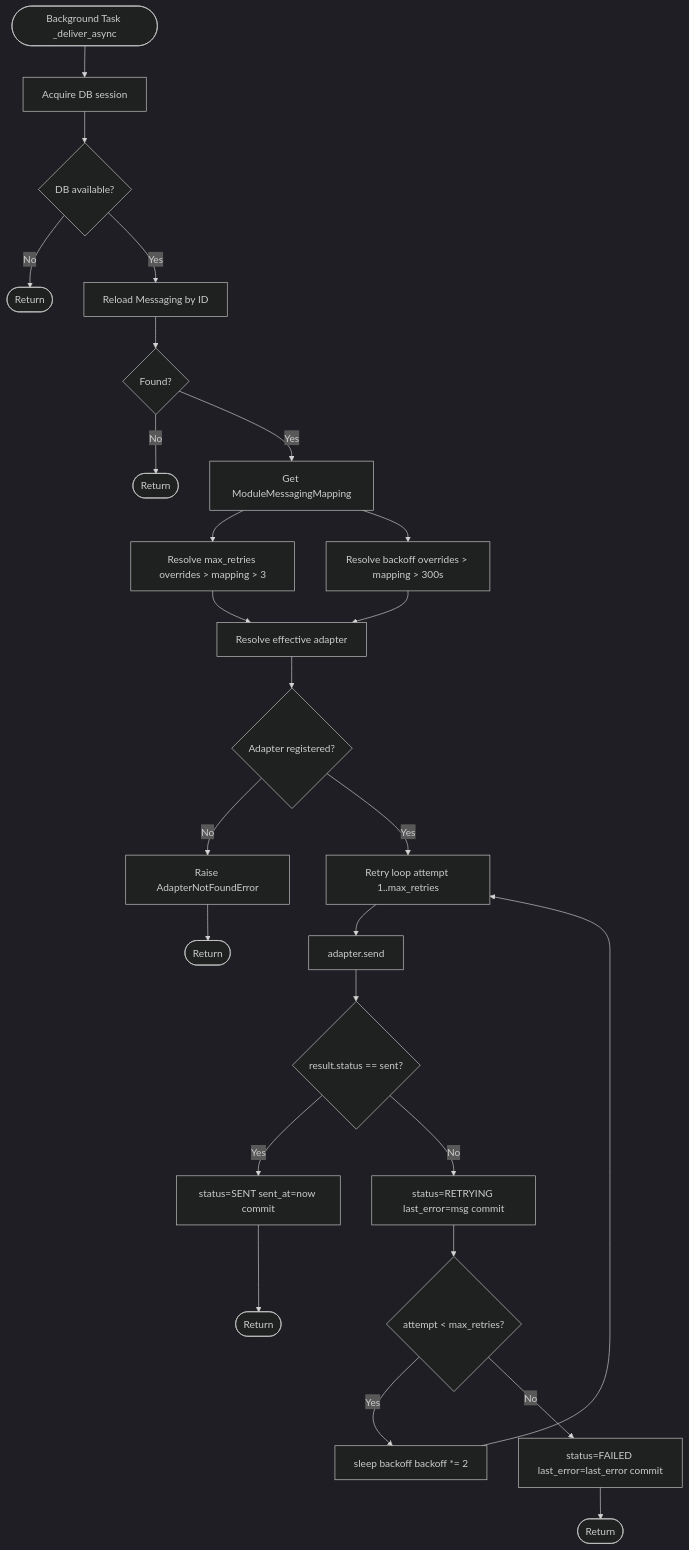
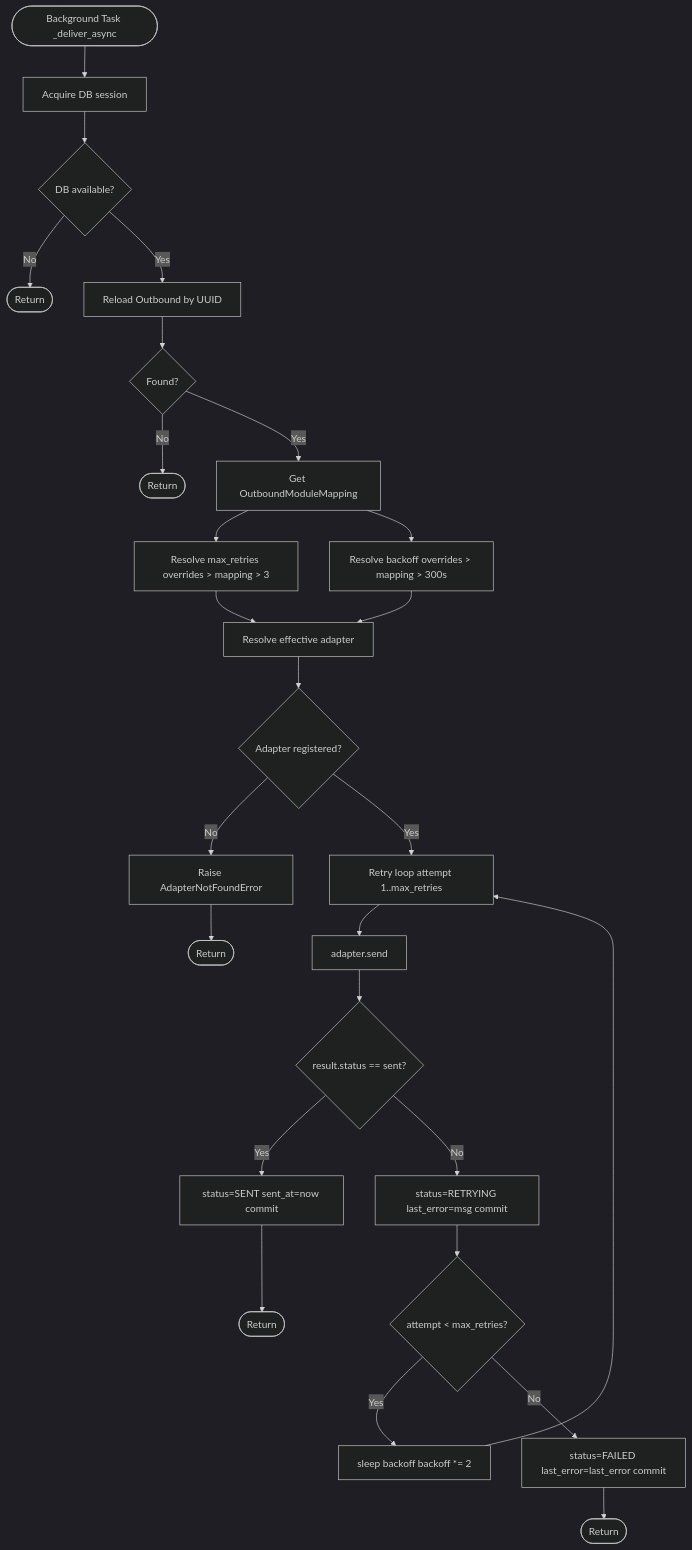
One commit to TNet-Tech/chacc_outbound changed the third of 5 diagrams in README.md. Above: the diagram before and after it, drawn with Mermaid (dark theme). The commit also changed other lines of this file and 5 other files, not shown here.

````diff
--- a/README.md
+++ b/README.md
@@ -320,28 +301,28 @@
 ```mermaid
 flowchart TD
     Start([Background Task _deliver_async]) --> A[Acquire DB session]
     A --> B{DB available?}
     B -->|No| End1([Return])
-    B -->|Yes| C[Reload Messaging by ID]
+    B -->|Yes| C[Reload Outbound by UUID]
     C --> D{Found?}
     D -->|No| End2([Return])
-    D -->|Yes| E[Get ModuleMessagingMapping]
+    D -->|Yes| E[Get OutboundModuleMapping]
     E --> F[Resolve max_retries overrides > mapping > 3]
     E --> G[Resolve backoff overrides > mapping > 300s]
     F --> H[Resolve effective adapter]
     G --> H
     H --> I{Adapter registered?}
     I -->|No| Error1[Raise AdapterNotFoundError]
     I -->|Yes| J[Retry loop attempt 1..max_retries]
     J --> K[adapter.send]
     K --> L{result.status == sent?}
     L -->|Yes| M[status=SENT sent_at=now commit]
     M --> End3([Return])
     L -->|No| N[status=RETRYING last_error=msg commit]
     N --> O{attempt < max_retries?}
     O -->|Yes| P[sleep backoff backoff *= 2]
     P --> J
     O -->|No| Q[status=FAILED last_error=last_error commit]
     Q --> End4([Return])
     Error1 --> End5([Return])
 ```
````
